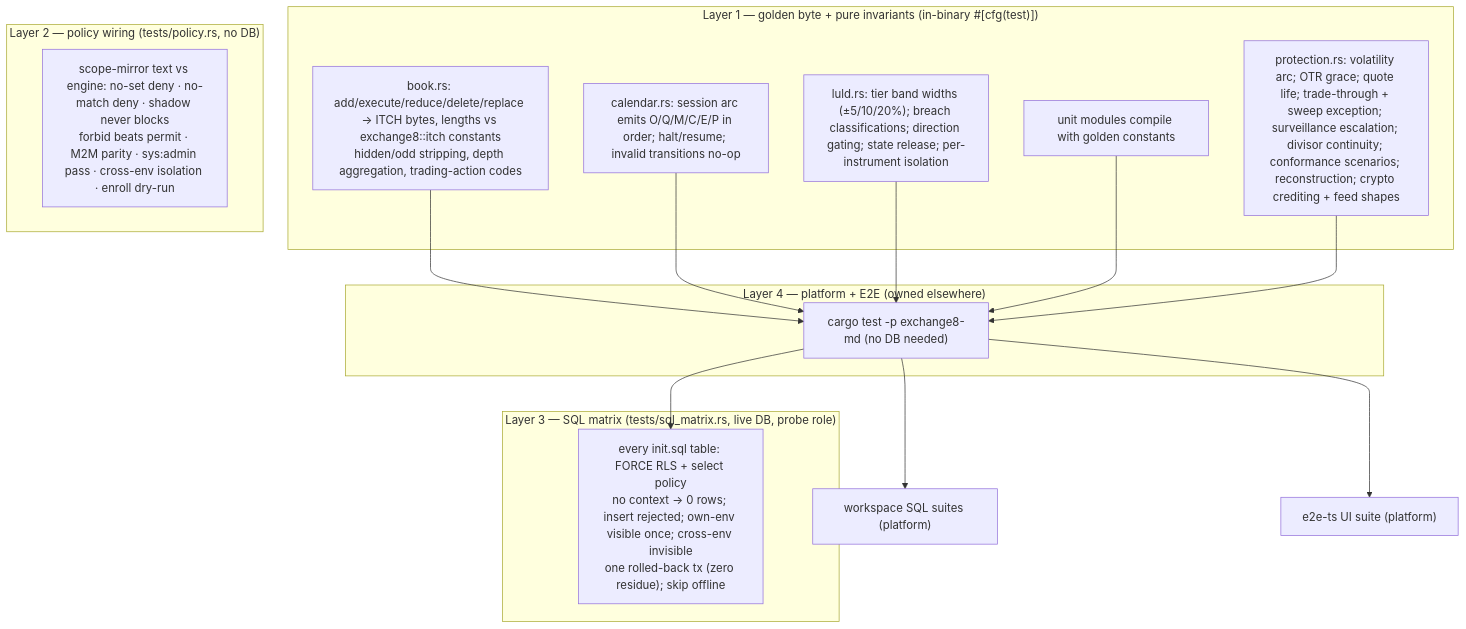
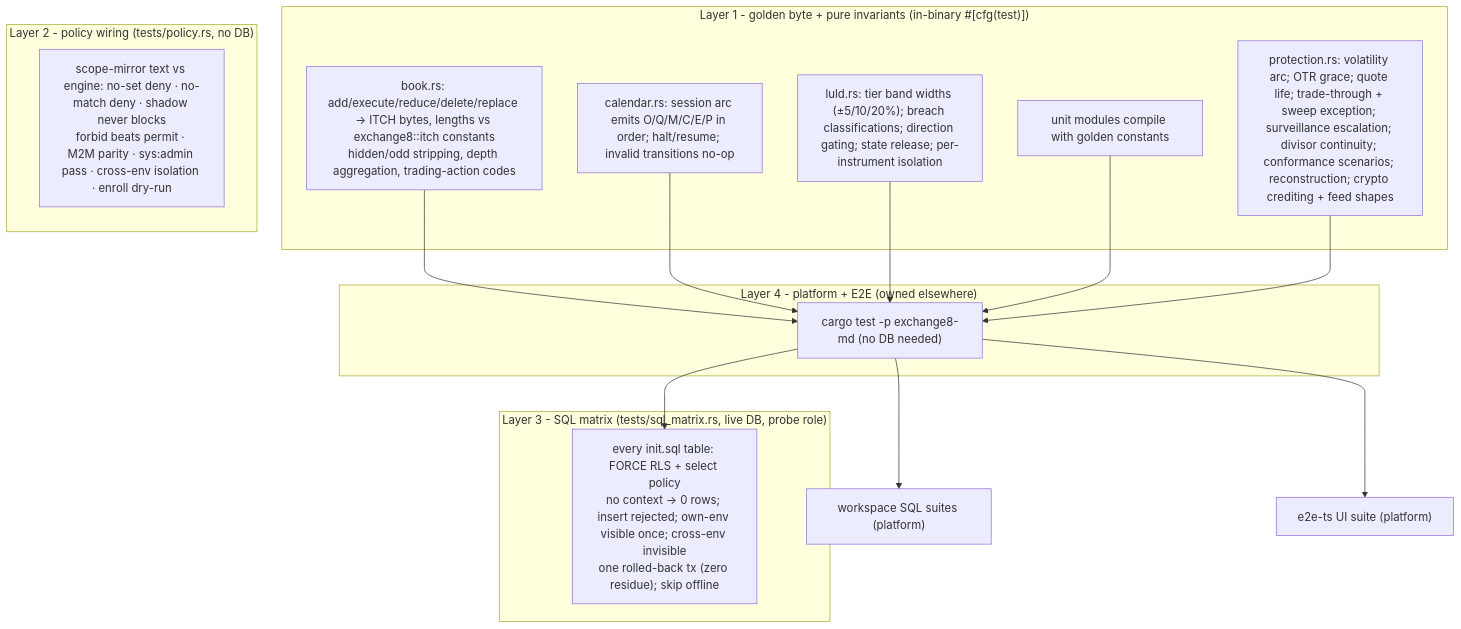
Diagram 17 of 17 in DESIGN.md (Exchange8-dev/exchange8-md), drawn with Mermaid before and after one commit. The commit also changed other lines of this file and 17 other files, not shown here.

````diff
--- a/DESIGN.md
+++ b/DESIGN.md
@@ -754,27 +754,27 @@
 ```mermaid
 graph TD
-    subgraph L1["Layer 1 — golden byte + pure invariants (in-binary #[cfg(test)])"]
+    subgraph L1["Layer 1 - golden byte + pure invariants (in-binary #[cfg(test)])"]
         G1["book.rs: add/execute/reduce/delete/replace → ITCH bytes, lengths vs exchange8::itch constants\nhidden/odd stripping, depth aggregation, trading-action codes"]
         G2["calendar.rs: session arc emits O/Q/M/C/E/P in order; halt/resume; invalid transitions no-op"]
         G3["luld.rs: tier band widths (±5/10/20%); breach classifications; direction gating; state release; per-instrument isolation"]
         G4["snapshot.rs: seq-per-event; BBO/depth ordering; SSE + JSON shapes; replay window + resync predicates"]
         G5["protection.rs: volatility arc; OTR grace; quote life; trade-through + sweep exception; surveillance escalation; divisor continuity; conformance scenarios; reconstruction; crypto crediting + feed shapes"]
     end
-    subgraph L2["Layer 2 — policy wiring (tests/policy.rs, no DB)"]
+    subgraph L2["Layer 2 - policy wiring (tests/policy.rs, no DB)"]
         P1["scope-mirror text vs engine: no-set deny · no-match deny · shadow never blocks\nforbid beats permit · M2M parity · sys:admin pass · cross-env isolation · enroll dry-run"]
     end
-    subgraph L3["Layer 3 — SQL matrix (tests/sql_matrix.rs, live DB, probe role)"]
+    subgraph L3["Layer 3 - SQL matrix (tests/sql_matrix.rs, live DB, probe role)"]
         S1["every init.sql table: FORCE RLS + select policy\nno context → 0 rows; insert rejected; own-env visible once; cross-env invisible\none rolled-back tx (zero residue); skip offline"]
     end
-    subgraph L4["Layer 4 — platform + E2E (owned elsewhere)"]
+    subgraph L4["Layer 4 - platform + E2E (owned elsewhere)"]
         P4["shell boot (refuse-to-start on unparsable policy)\nrelay/pusher behavior under outage\nBFF subscription + RFW admin UI (platform E2E suites)"]
     end
     G1 --> P4["cargo test -p exchange8-md (no DB needed)"]
     G2 --> P4
     G3 --> P4
     G4["unit modules compile with golden constants"] --> P4
     G5 --> P4
     P4 --> S1
     P4 --> P4B["workspace SQL suites (platform)"]
     P4 --> P4C["e2e-ts UI suite (platform)"]
 ```
````
